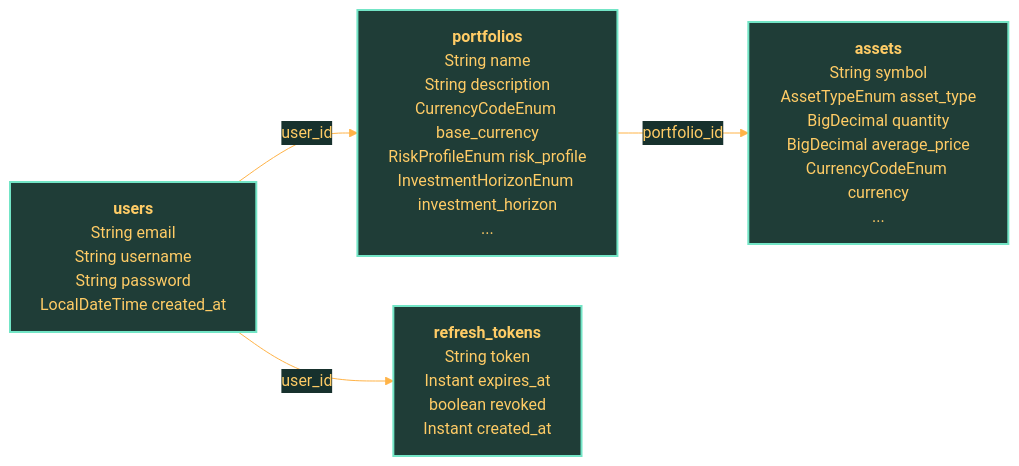
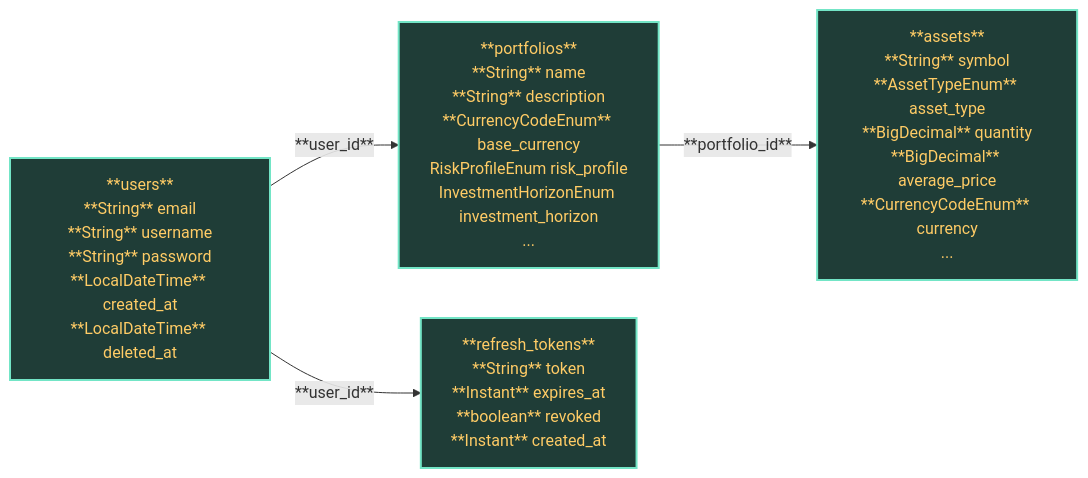
One commit to ismaelperezdev/Tyche-Wealth changed the diagram in docs/knowledge/database/overview.md. Above: the diagram before and after it, drawn with Mermaid. The commit also changed other lines of this file and 30 other files, not shown here.

````diff
--- a/docs/knowledge/database/overview.md
+++ b/docs/knowledge/database/overview.md
@@ -40,58 +23,58 @@
 ```mermaid
 %%{init: {
   "theme": "base",
   "themeVariables": {
     "background": "#1c2c29",
     "primaryColor": "#24443d",
     "primaryTextColor": "#ffcc66",
     "primaryBorderColor": "#73e5c6",
     "lineColor": "#ffb347",
     "secondaryColor": "#203934",
     "tertiaryColor": "#294c44",
     "mainBkg": "#24443d",
     "secondBkg": "#203934",
     "tertiaryBkg": "#294c44",
     "clusterBkg": "#17312d",
     "clusterBorder": "#57c8a8",
     "nodeBkg": "#24443d",
     "nodeBorder": "#73e5c6",
     "defaultLinkColor": "#ffb347",
     "titleColor": "#ffcc66",
     "textColor": "#ffcc66",
     "edgeLabelBackground": "#17312d",
     "actorBkg": "#24443d",
     "actorBorder": "#73e5c6",
     "actorTextColor": "#ffcc66",
     "actorLineColor": "#ffb347",
     "signalColor": "#ffb347",
     "signalTextColor": "#ffcc66",
     "labelBoxBkgColor": "#17312d",
     "labelBoxBorderColor": "#57c8a8",
     "labelTextColor": "#ffcc66",
     "loopTextColor": "#ffcc66",
     "noteBkgColor": "#294c44",
     "noteBorderColor": "#82e7cb",
     "noteTextColor": "#ffcc66",
     "activationBkgColor": "#2c5a50",
     "activationBorderColor": "#73e5c6",
     "sectionBkgColor": "#1b3531",
     "altSectionBkgColor": "#22413b",
     "gridColor": "rgba(255, 179, 71, 0.22)"
   },
-  "themeCSS": ".messageText, .messageText tspan, .label text, .label tspan, .edgeLabel text, .edgeLabel tspan, .nodeLabel, .nodeLabel p, .nodeLabel span, .label foreignObject, .label foreignObject div, .cluster-label text, .cluster-label tspan, .actor text, .actor tspan, .loopText, .noteText, .er text, .er tspan, .er.entityLabel, .er.attributeText, .er.relationshipLabel, .er foreignObject div, .er foreignObject span, .er foreignObject td, .er foreignObject th { fill: #ffcc66 !important; color: #ffcc66 !important; } .messageLine0, .messageLine1, .flowchart-link, .edgePath path, .actor-line, .er.relationshipLine { stroke: #ffb347 !important; fill: none !important; } .arrowheadPath, marker path { stroke: #ffb347 !important; fill: #ffb347 !important; } .er rect, .er .entityBox, .er .attributeBoxEven, .er .attributeBoxOdd { fill: #24443d !important; stroke: #73e5c6 !important; } .er .relationshipLabelBox { fill: #17312d !important; stroke: #57c8a8 !important; } .er foreignObject, .er foreignObject div, .er foreignObject table { background: #24443d !important; } .er foreignObject tr:nth-child(odd), .er foreignObject tr:nth-child(odd) td { background: #24443d !important; } .er foreignObject tr:nth-child(even), .er foreignObject tr:nth-child(even) td { background: #2b4f47 !important; } .er foreignObject td, .er foreignObject th { border-color: #73e5c6 !important; }"
+  "themeCSS": ".messageText, .messageText tspan, .label text, .label tspan, .edgeLabel text, .edgeLabel tspan, .nodeLabel, .nodeLabel p, .nodeLabel span, .label foreignObject, .label foreignObject div, .cluster-label text, .cluster-label tspan, .actor text, .actor tspan, .loopText, .noteText, .er text, .er tspan, .er.entityLabel, .er.attributeText, .er.relationshipLabel, .er foreignObject div, .er foreignObject span, .er foreignObject td, .er foreignObject th { fill: #ffcc66 !important; color: "#ffcc66" !important; } .messageLine0, .messageLine1, .flowchart-link, .edgePath path, .actor-line, .er.relationshipLine { stroke: "#ffb347" !important; fill: none !important; } .arrowheadPath, marker path { stroke: "#ffb347" !important; fill: "#ffb347" !important; } .er rect, .er .entityBox, .er .attributeBoxEven, .er .attributeBoxOdd { fill: "#24443d" !important; stroke: "#73e5c6" !important; } .er .relationshipLabelBox { fill: "#17312d" !important; stroke: "#57c8a8" !important; } .er foreignObject, .er foreignObject div, .er foreignObject table { background: "#24443d" !important; } .er foreignObject tr:nth-child(odd), .er foreignObject tr:nth-child(odd) td { background: "#24443d" !important; } .er foreignObject tr:nth-child(even), .er foreignObject tr:nth-child(even) td { background: "#2b4f47" !important; } .er foreignObject td, .er foreignObject th { border-color: "#73e5c6" !important; }"
 }}%%
 flowchart LR
   classDef entity fill:#1f3d37,stroke:#73e5c6,stroke-width:2px,color:#ffcc66;
   classDef relation fill:#17312d,stroke:#ffb347,color:#ffcc66;
-  assets["<b>assets</b><br/>String symbol<br/>AssetTypeEnum asset_type<br/>BigDecimal quantity<br/>BigDecimal average_price<br/>CurrencyCodeEnum currency<br/>..."]
+  assets["**assets**<br/>**String** symbol<br/>**AssetTypeEnum** asset_type<br/>**BigDecimal** quantity<br/>**BigDecimal** average_price<br/>**CurrencyCodeEnum** currency<br/>..."]
   class assets entity;
-  portfolios["<b>portfolios</b><br/>String name<br/>String description<br/>CurrencyCodeEnum base_currency<br/>RiskProfileEnum risk_profile<br/>InvestmentHorizonEnum investment_horizon<br/>..."]
+  portfolios["**portfolios**<br/>**String** name<br/>**String** description<br/>**CurrencyCodeEnum** base_currency<br/>RiskProfileEnum risk_profile<br/>InvestmentHorizonEnum investment_horizon<br/>..."]
   class portfolios entity;
-  refresh_tokens["<b>refresh_tokens</b><br/>String token<br/>Instant expires_at<br/>boolean revoked<br/>Instant created_at"]
+  refresh_tokens["**refresh_tokens**<br/>**String** token<br/>**Instant** expires_at<br/>**boolean** revoked<br/>**Instant** created_at"]
   class refresh_tokens entity;
-  users["<b>users</b><br/>String email<br/>String username<br/>String password<br/>LocalDateTime created_at"]
+  users["**users**<br/>**String** email<br/>**String** username<br/>**String** password<br/>**LocalDateTime** created_at<br/>**LocalDateTime** deleted_at"]
   class users entity;
-  portfolios -->|portfolio_id| assets
-  users -->|user_id| portfolios
-  users -->|user_id| refresh_tokens
+  portfolios -->|**portfolio_id**| assets
+  users -->|**user_id**| portfolios
+  users -->|**user_id**| refresh_tokens
 ```
````
